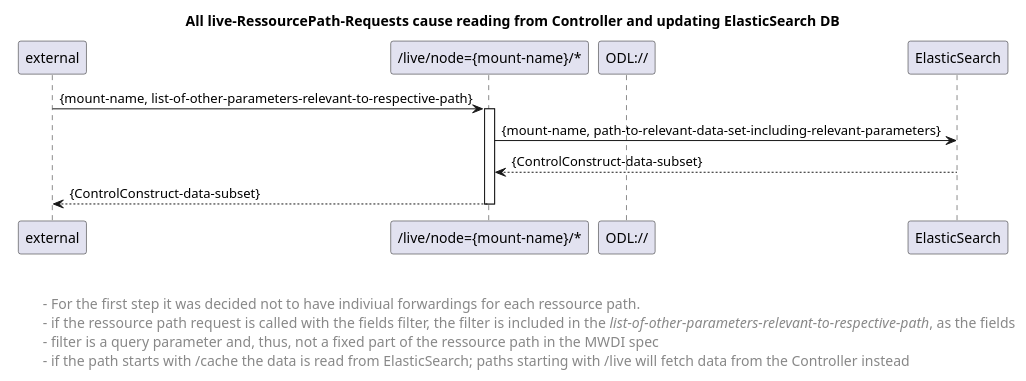
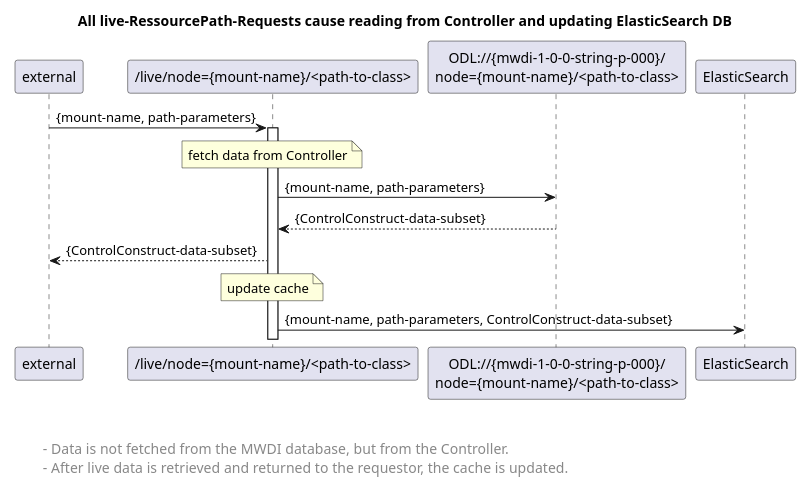
One commit to openBackhaul/MicroWaveDeviceInventory changed the diagram in spec/diagrams/07x_forwardingLiveRessourcePathRequest.plantuml. Above: the diagram before and after it, drawn with PlantUML.

```diff
--- a/spec/diagrams/07x_forwardingLiveRessourcePathRequest.plantuml
+++ b/spec/diagrams/07x_forwardingLiveRessourcePathRequest.plantuml
@@ -1,37 +1,37 @@
 @startuml
 skinparam responseMessageBelowArrow true
 
 title All live-RessourcePath-Requests cause reading from Controller and updating ElasticSearch DB
 
 participant "external" as requestor
-participant "/live/node={mount-name}/*" as ressourcePath
-participant "ODL://"
+participant "/live/node={mount-name}/<path-to-class>" as ressourcePath
+participant "ODL://{mwdi-1-0-0-string-p-000}/\nnode={mount-name}/<path-to-class>" as odl
 participant "ElasticSearch" as es
 
 
-requestor -> ressourcePath: {mount-name, list-of-other-parameters-relevant-to-respective-path}
+requestor -> ressourcePath: {mount-name, path-parameters}
 activate ressourcePath
 
-ressourcePath -> es: {mount-name, path-to-relevant-data-set-including-relevant-parameters}
-es --> ressourcePath: {ControlConstruct-data-subset}
+note over ressourcePath: fetch data from Controller
+ressourcePath -> odl: {mount-name, path-parameters}
+odl --> ressourcePath: {ControlConstruct-data-subset}
 
 ressourcePath --> requestor: {ControlConstruct-data-subset}
-deactivate ressourcePath
 
+note over ressourcePath: update cache
+ressourcePath -> es: {mount-name, path-parameters, ControlConstruct-data-subset}
 left footer 
 
 
-\t - For the first step it was decided not to have indiviual forwardings for each ressource path. 
-\t - if the ressource path request is called with the fields filter, the filter is included in the <i>list-of-other-parameters-relevant-to-respective-path</i>, as the fields
-\t - filter is a query parameter and, thus, not a fixed part of the ressource path in the MWDI spec
-\t - if the path starts with /cache the data is read from ElasticSearch; paths starting with /live will fetch data from the Controller instead
+\t - Data is not fetched from the MWDI database, but from the Controller.
+\t - After live data is retrieved and returned to the requestor, the cache is updated.
 end footer
 
 <style>
 footer {
   HorizontalAlignment left
   FontSize 14
 }
 </style>
 
 @enduml
```
